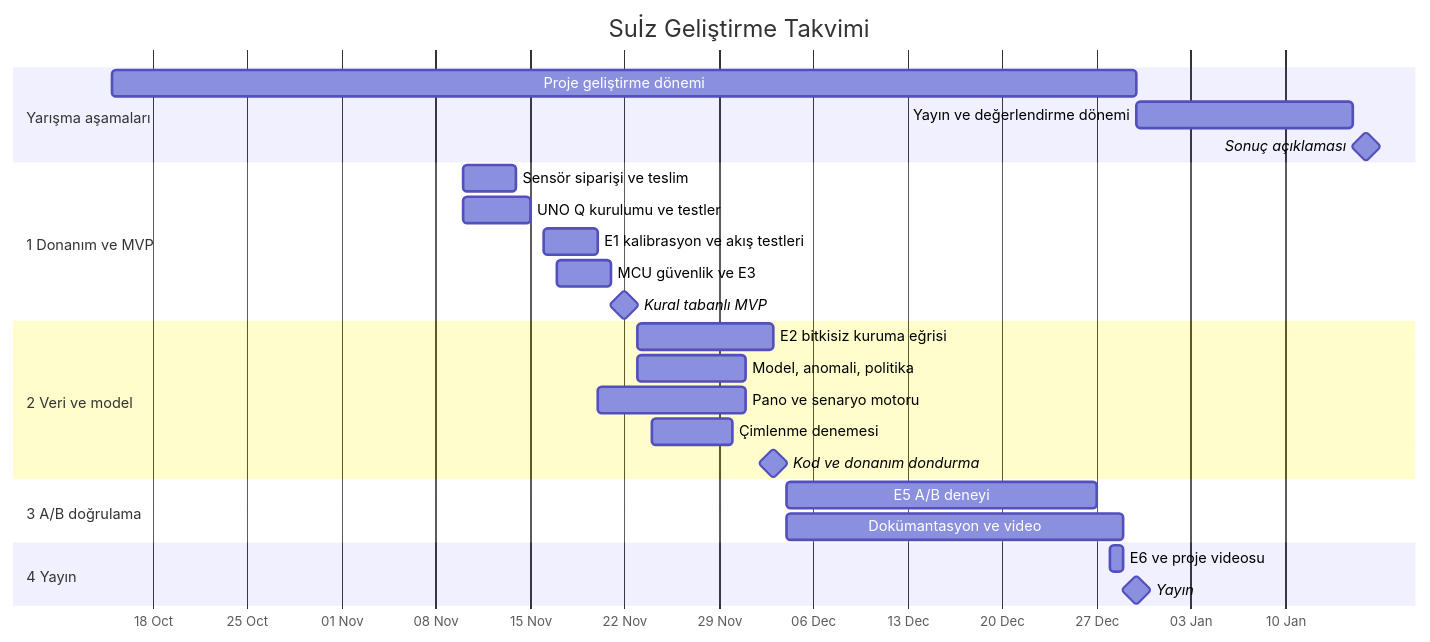
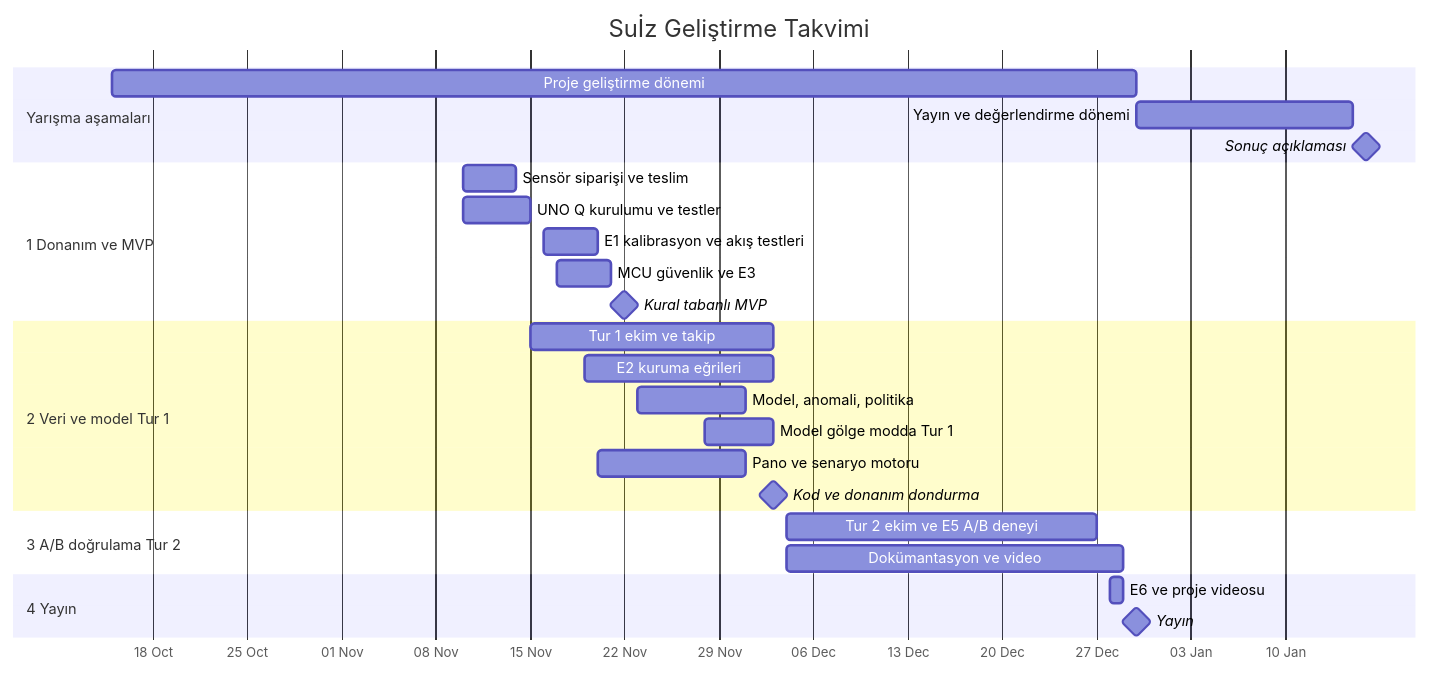
One commit to Berceste-Team/Su-z changed the third of 3 diagrams in README.md. Above: the diagram before and after it, drawn with Mermaid. The commit also changed other lines of this file and 2 other files, not shown here.

First line of the commit message:
Restore two-round plan (Tur 1 + Tur 2) with compressed schedule

````diff
--- a/README.md
+++ b/README.md
@@ -585,33 +584,34 @@
 ```mermaid
 gantt
     title Suİz Geliştirme Takvimi
     dateFormat  YYYY-MM-DD
     axisFormat  %d %b
 
     section Yarışma aşamaları
     Proje geliştirme dönemi                 :a3, 2026-10-15, 2026-12-30
     Yayın ve değerlendirme dönemi           :a4, 2026-12-30, 2027-01-15
     Sonuç açıklaması                        :milestone, a5, 2027-01-16, 0d
 
     section 1 Donanım ve MVP
     Sensör siparişi ve teslim               :d0, 2026-11-10, 2026-11-14
     UNO Q kurulumu ve testler               :d1, 2026-11-10, 2026-11-15
     E1 kalibrasyon ve akış testleri         :d2, 2026-11-16, 2026-11-20
     MCU güvenlik ve E3                      :d3, 2026-11-17, 2026-11-21
     Kural tabanlı MVP                       :milestone, m2, 2026-11-22, 0d
 
-    section 2 Veri ve model
-    E2 bitkisiz kuruma eğrisi               :v1, 2026-11-23, 2026-12-03
+    section 2 Veri ve model Tur 1
+    Tur 1 ekim ve takip                     :v0, 2026-11-15, 2026-12-03
+    E2 kuruma eğrileri                      :v1, 2026-11-19, 2026-12-03
     Model, anomali, politika                :v2, 2026-11-23, 2026-12-01
+    Model gölge modda Tur 1                 :v4, 2026-11-28, 2026-12-03
     Pano ve senaryo motoru                  :v3, 2026-11-20, 2026-12-01
-    Çimlenme denemesi                       :v4, 2026-11-24, 2026-11-30
     Kod ve donanım dondurma                 :milestone, m3, 2026-12-03, 0d
 
-    section 3 A/B doğrulama
-    E5 A/B deneyi                           :e1, 2026-12-04, 2026-12-27
+    section 3 A/B doğrulama Tur 2
+    Tur 2 ekim ve E5 A/B deneyi                           :e1, 2026-12-04, 2026-12-27
     Dokümantasyon ve video                  :e2, 2026-12-04, 2026-12-29
 
     section 4 Yayın
     E6 ve proje videosu                     :p1, 2026-12-28, 2026-12-29
     Yayın                                   :milestone, m4, 2026-12-30, 0d
 ```
````
